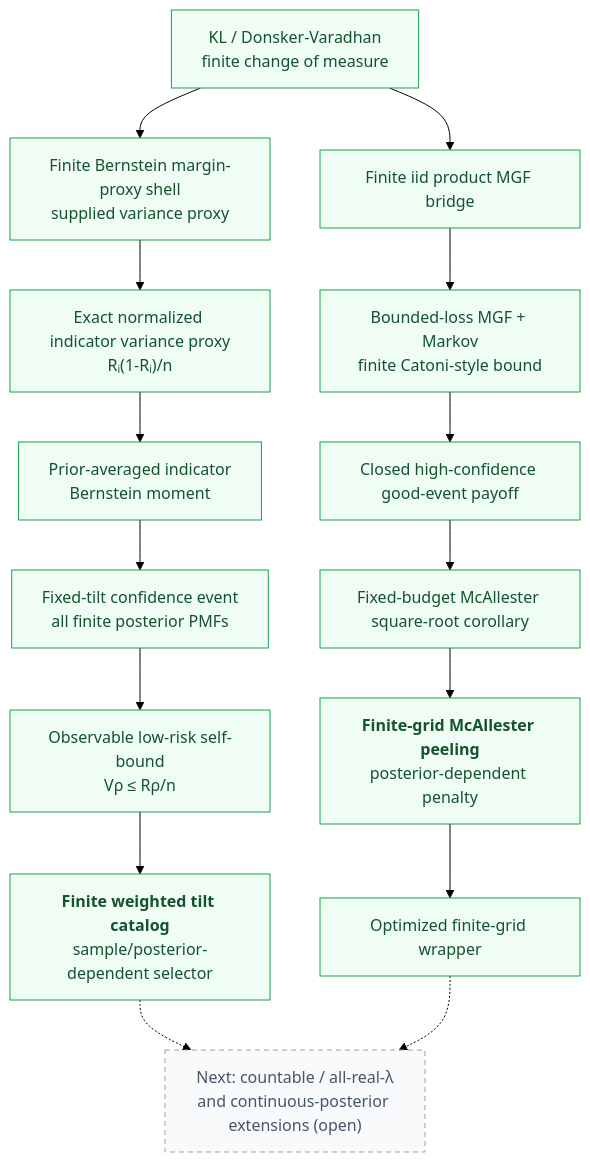
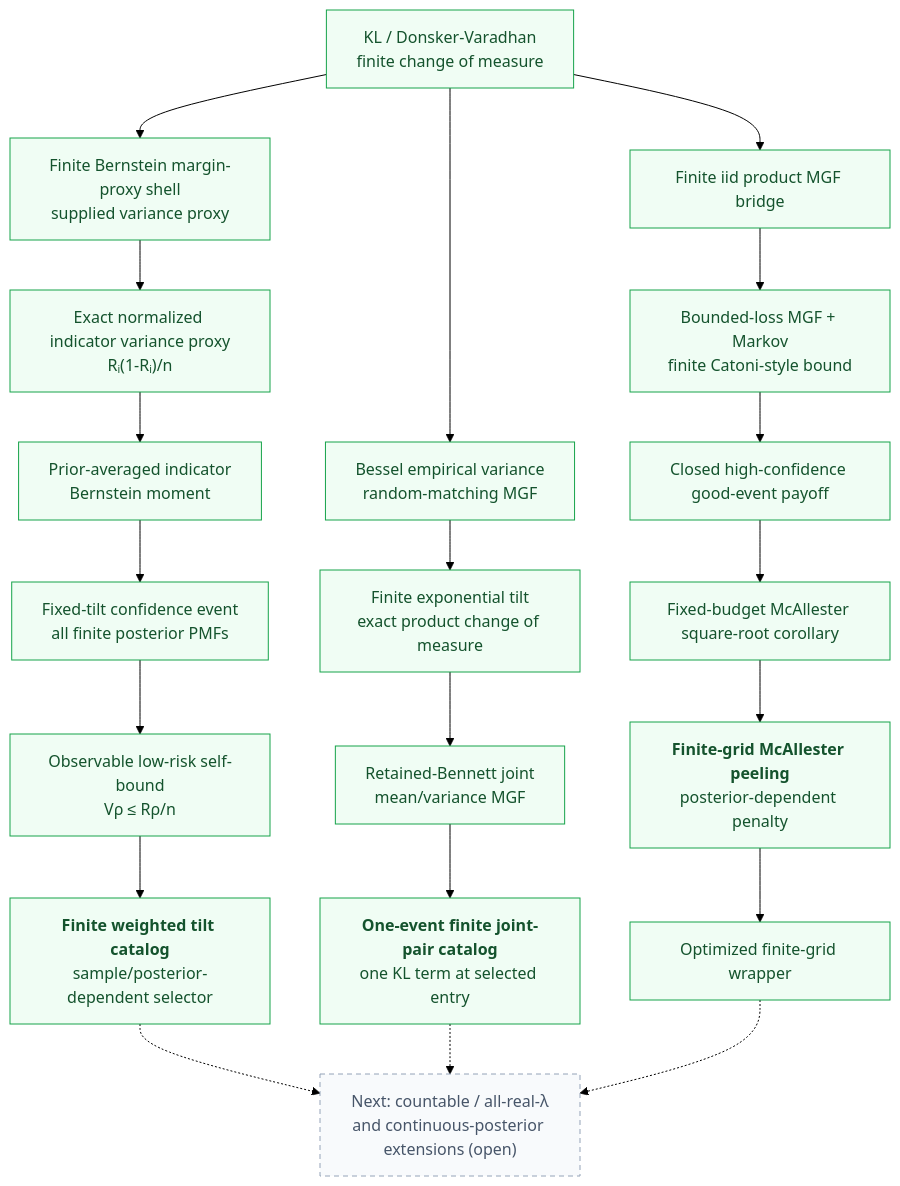
The sixth of 7 diagrams in docs/diagrams.md (Robby955/FormalSLT), drawn with Mermaid (forest theme) before and after one commit. The commit also changed other lines of this file and 24 other files, not shown here.

````diff
--- a/docs/diagrams.md
+++ b/docs/diagrams.md
@@ -193,27 +195,33 @@
 ```mermaid
 flowchart TD
     kl["KL / Donsker-Varadhan<br/>finite change of measure"]
     mgf["Finite iid product MGF bridge"]
     catoni["Bounded-loss MGF + Markov<br/>finite Catoni-style bound"]
     payoff["Closed high-confidence good-event payoff"]
     fixed["Fixed-budget McAllester square-root corollary"]
     peeling["<b>Finite-grid McAllester peeling</b><br/>posterior-dependent penalty"]
     optimized["Optimized finite-grid wrapper"]
     bernstein["Finite Bernstein margin-proxy shell<br/>supplied variance proxy"]
     variance["Exact normalized indicator variance proxy<br/>Rᵢ(1-Rᵢ)/n"]
     moment["Prior-averaged indicator<br/>Bernstein moment"]
     confidence["Fixed-tilt confidence event<br/>all finite posterior PMFs"]
     lowrisk["Observable low-risk self-bound<br/>Vρ ≤ Rρ/n"]
     catalog["<b>Finite weighted tilt catalog</b><br/>sample/posterior-dependent selector"]
+    empvar["Bessel empirical variance<br/>random-matching MGF"]
+    exptilt["Finite exponential tilt<br/>exact product change of measure"]
+    jointmgf["Retained-Bennett joint<br/>mean/variance MGF"]
+    jointcatalog["<b>One-event finite joint-pair catalog</b><br/>one KL term at selected entry"]
     future["Next: countable / all-real-λ<br/>and continuous-posterior extensions (open)"]
 
     kl --> mgf --> catoni --> payoff --> fixed --> peeling --> optimized
     kl --> bernstein --> variance --> moment --> confidence --> lowrisk --> catalog
+    kl --> empvar --> exptilt --> jointmgf --> jointcatalog
     catalog -.-> future
+    jointcatalog -.-> future
     optimized -.-> future
 
     classDef verified fill:#f0fdf4,stroke:#16a34a,color:#14532d;
     classDef future fill:#f8fafc,stroke:#94a3b8,color:#475569,stroke-dasharray: 5 4;
-    class kl,mgf,catoni,payoff,fixed,peeling,optimized,bernstein,variance,moment,confidence,lowrisk,catalog verified;
+    class kl,mgf,catoni,payoff,fixed,peeling,optimized,bernstein,variance,moment,confidence,lowrisk,catalog,empvar,exptilt,jointmgf,jointcatalog verified;
     class future future;
 ```
````
